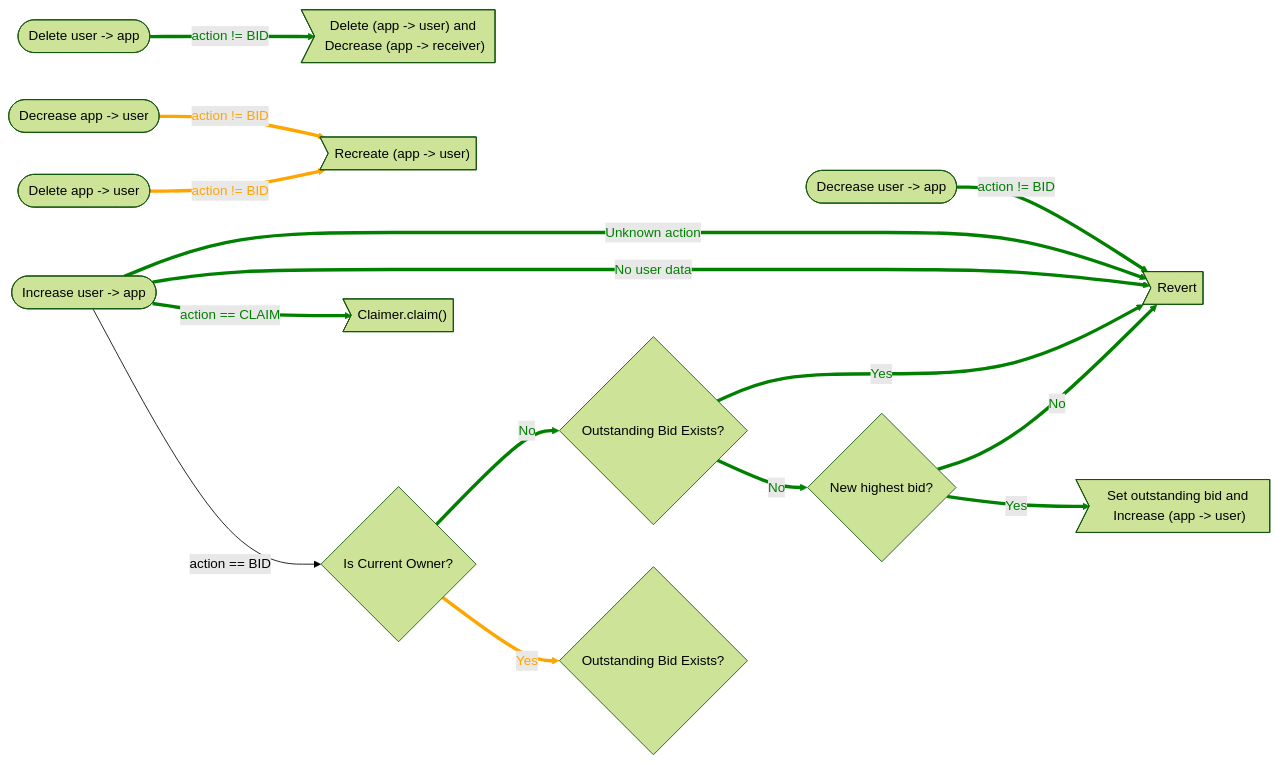
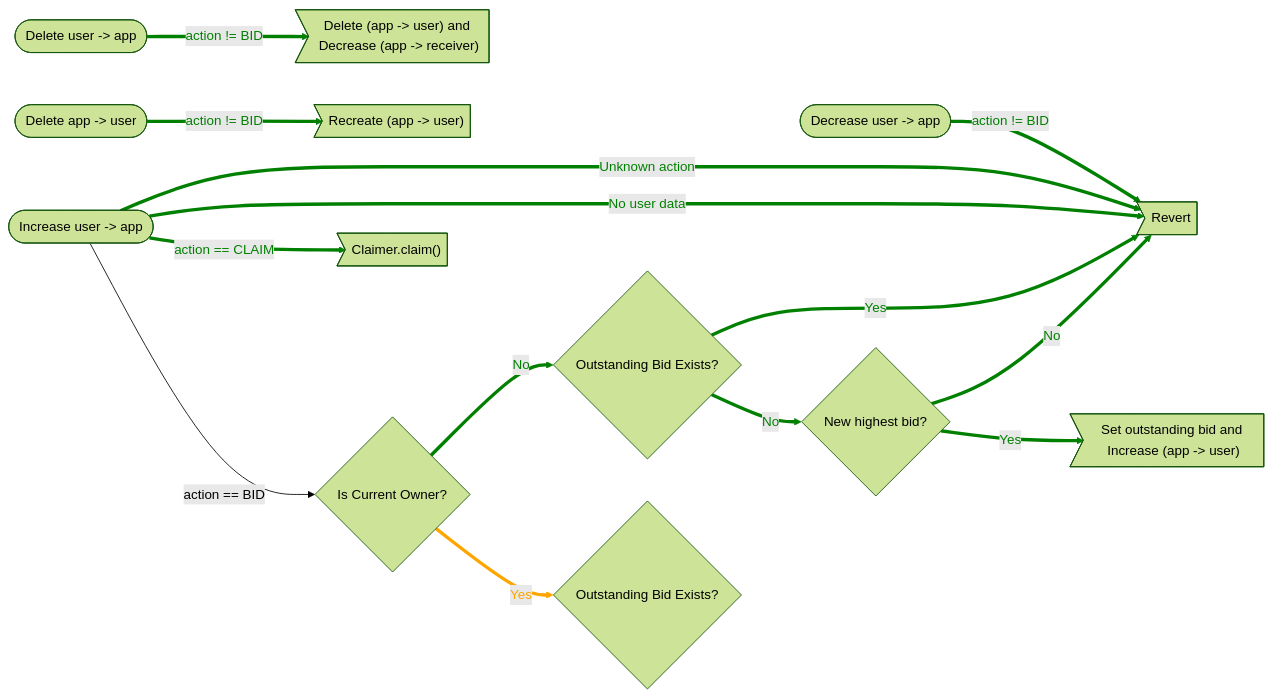
Before and after one commit to Geo-Web-Project/garden: the diagram in content/notes/Draft Proposal - AuctionSuperApp.md, drawn with Mermaid (forest theme).

Commit message:
vault sync: 2022-02-10 13:58:43

````diff
--- a/content/notes/Draft Proposal - AuctionSuperApp.md
+++ b/content/notes/Draft Proposal - AuctionSuperApp.md
@@ -88,35 +88,33 @@
 ```mermaid
 flowchart LR  
  incrUserApp([Increase user -> app])
  decrUserApp([Decrease user -> app])
  delUserApp([Delete user -> app])
- decrAppUser([Decrease app -> user])
  delAppUser([Delete app -> user])
  revert>"Revert"]
  claim>"Claimer.claim()"]
  delAppUserAction>"Delete (app -> user) and Decrease (app -> receiver)"]
  recreateAppUser>"Recreate (app -> user)"]
  isCurOwner{"Is Current Owner?"}
  setOutBid>"Set outstanding bid and Increase (app -> user)"]
 
  incrUserApp -- "Unknown action" --> revert
  incrUserApp -- "No user data" --> revert
  incrUserApp -- "action == CLAIM" --> claim
  incrUserApp -- "action == BID" --> isCurOwner
  isCurOwner -- "No" --> outBid1{"Outstanding Bid Exists?"} -- "Yes" --> revert
  outBid1 -- "No" --> newBidder{"New highest bid?"}
  
  isCurOwner -- "Yes" --> outBid2{"Outstanding Bid Exists?"} 
  
  newBidder -- "No" --> revert
  newBidder -- "Yes" --> setOutBid
 
  decrUserApp -- "action != BID" --> revert
  delUserApp -- "action != BID" --> delAppUserAction
- decrAppUser -- "action != BID" --> recreateAppUser
  delAppUser -- "action != BID" --> recreateAppUser
 
 
-linkStyle 0,1,2,4,5,6,8,9,10,11 stroke:green,stroke-width:4px,color:green;
-linkStyle 7,12,13 stroke:orange,stroke-width:4px,color:orange;
+linkStyle 0,1,2,4,5,6,8,9,10,11,12 stroke:green,stroke-width:4px,color:green;
+linkStyle 7 stroke:orange,stroke-width:4px,color:orange;
 ```
````
